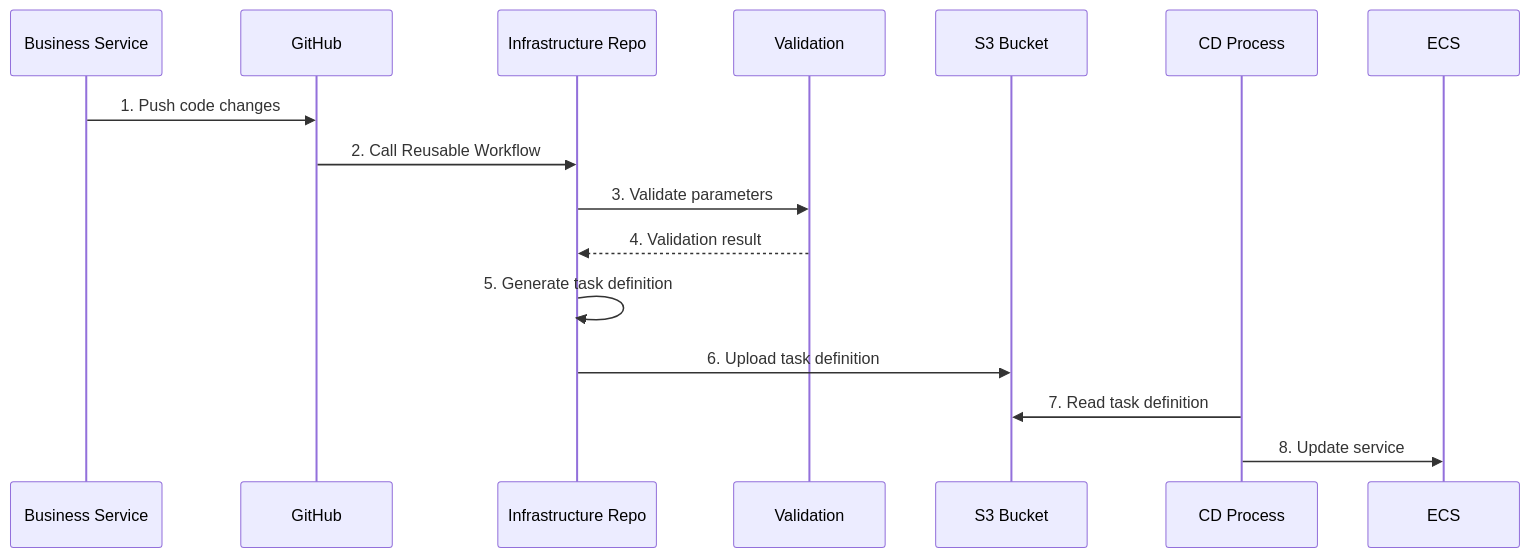
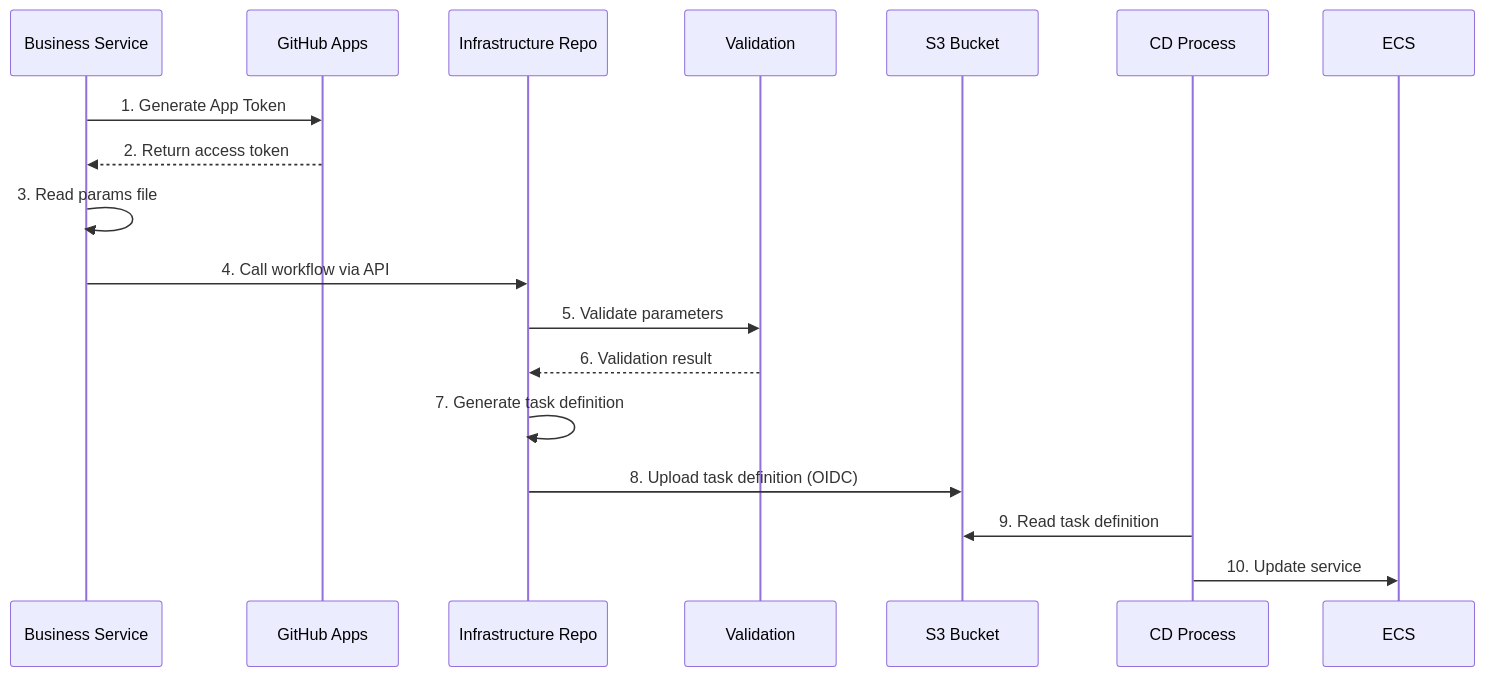
Before and after one commit to clf13092/ecs-task-definition-management: the second of 7 diagrams in ECS_Task_Definition_Management.md, drawn with Mermaid. The commit also changed other lines of this file, not shown here.

First line of the commit message:
Update documentation to reflect current workflow implementation

````diff
--- a/ECS_Task_Definition_Management.md
+++ b/ECS_Task_Definition_Management.md
@@ -76,19 +77,21 @@
 ```mermaid
 sequenceDiagram
     participant BS as Business Service
-    participant GH as GitHub
+    participant GH as GitHub Apps
     participant IR as Infrastructure Repo
     participant VS as Validation
     participant S3 as S3 Bucket
     participant CD as CD Process
     participant ECS as ECS
     
-    BS->>GH: 1. Push code changes
-    GH->>IR: 2. Call Reusable Workflow
-    IR->>VS: 3. Validate parameters
-    VS-->>IR: 4. Validation result
-    IR->>IR: 5. Generate task definition
-    IR->>S3: 6. Upload task definition
-    CD->>S3: 7. Read task definition
-    CD->>ECS: 8. Update service
+    BS->>GH: 1. Generate App Token
+    GH-->>BS: 2. Return access token
+    BS->>BS: 3. Read params file
+    BS->>IR: 4. Call workflow via API
+    IR->>VS: 5. Validate parameters
+    VS-->>IR: 6. Validation result
+    IR->>IR: 7. Generate task definition
+    IR->>S3: 8. Upload task definition (OIDC)
+    CD->>S3: 9. Read task definition
+    CD->>ECS: 10. Update service
 ```
````
